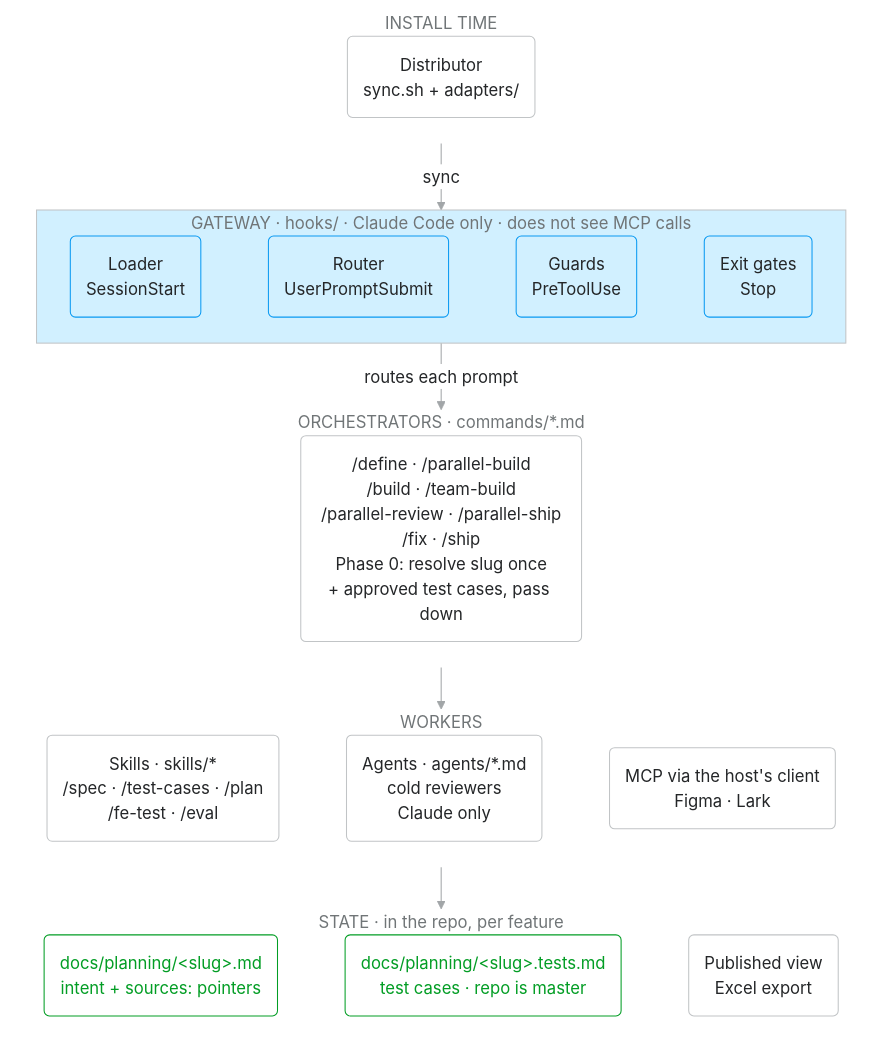
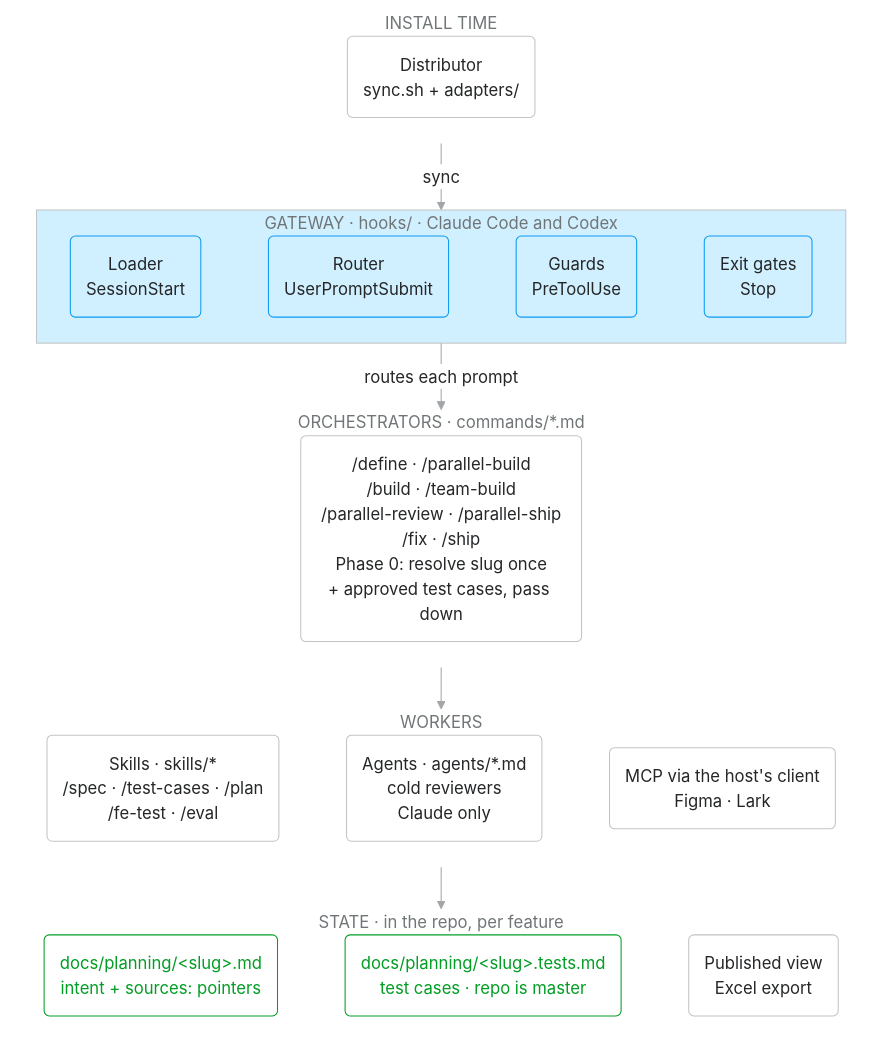
Before and after one commit to raditia/CraftKit: the second of 14 diagrams in README.md, drawn with Mermaid. The commit also changed other lines of this file and 6 other files, not shown here.

````diff
--- a/README.md
+++ b/README.md
@@ -249,59 +249,59 @@
 ```mermaid
 ---
 config:
   theme: base
   look: classic
   fontFamily: "-apple-system, BlinkMacSystemFont, Segoe UI, Helvetica, Arial, sans-serif"
   themeVariables:
     fontFamily: "-apple-system, BlinkMacSystemFont, Segoe UI, Helvetica, Arial, sans-serif"
     fontSize: 16px
     primaryColor: "#FFFFFF"
     primaryBorderColor: "#C1C4C6"
     primaryTextColor: "#242628"
     lineColor: "#A2A6A8"
     clusterBkg: "#F5FBFF"
     clusterBorder: "#F0F1F2"
     titleColor: "#707577"
     edgeLabelBackground: "#FFFFFF"
   flowchart:
     curve: basis
     wrappingWidth: 240
     nodeSpacing: 30
     rankSpacing: 40
 ---
 flowchart TB
     subgraph R1["INSTALL TIME"]
         D("Distributor<br/>sync.sh + adapters/")
     end
-    subgraph GW["GATEWAY · hooks/ · Claude Code only · does not see MCP calls"]
+    subgraph GW["GATEWAY · hooks/ · Claude Code and Codex"]
         direction LR
         L("Loader<br/>SessionStart") ~~~ R("Router<br/>UserPromptSubmit") ~~~ G("Guards<br/>PreToolUse") ~~~ X("Exit gates<br/>Stop")
     end
     subgraph R3["ORCHESTRATORS · commands/*.md"]
         O("/define · /parallel-build<br/>/build · /team-build<br/>/parallel-review · /parallel-ship<br/>/fix · /ship<br/>Phase 0: resolve slug once<br/>+ approved test cases, pass down")
     end
     subgraph R4["WORKERS"]
         direction LR
         S("Skills · skills/*<br/>/spec · /test-cases · /plan<br/>/fe-test · /eval") ~~~ A("Agents · agents/*.md<br/>cold reviewers<br/>Claude only") ~~~ M("MCP via the host's client<br/>Figma · Lark")
     end
     subgraph R5["STATE · in the repo, per feature"]
         direction LR
         ST1("docs/planning/&lt;slug&gt;.md<br/>intent + sources: pointers") ~~~ ST2("docs/planning/&lt;slug&gt;.tests.md<br/>test cases · repo is master") ~~~ V("Published view<br/>Excel export")
     end
     R1 -->|sync| GW
     GW -->|routes each prompt| R3
     R3 --> R4
     R4 --> R5
 
     classDef n fill:#FFFFFF,stroke:#C1C4C6,color:#242628
     classDef key fill:#D1F0FF,stroke:#0A9AF2,color:#242628
     classDef ok fill:#FFFFFF,stroke:#029D24,color:#029D24
     class D,O,S,A,M,V n
     class R,L,G,X key
     class ST1,ST2 ok
     style R1 fill:transparent,stroke:transparent
     style GW fill:#D1F0FF,stroke:#C1C4C6
     style R3 fill:transparent,stroke:transparent
     style R4 fill:transparent,stroke:transparent
     style R5 fill:transparent,stroke:transparent
 ```
````
